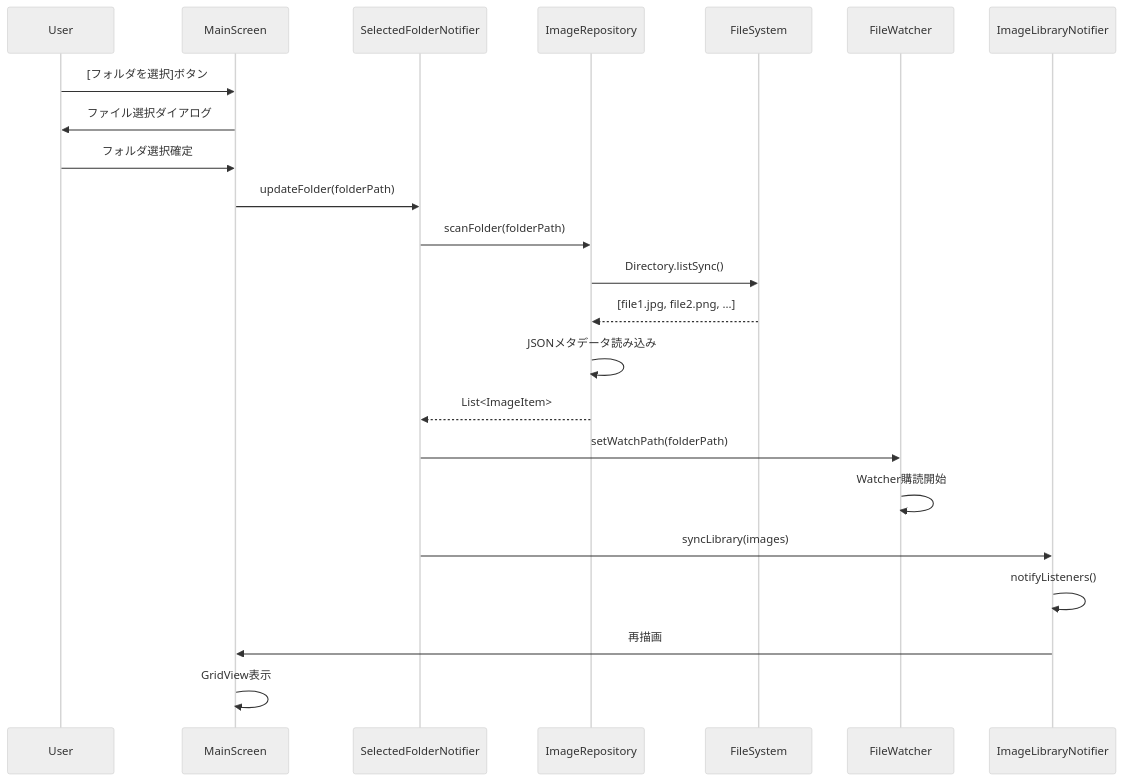
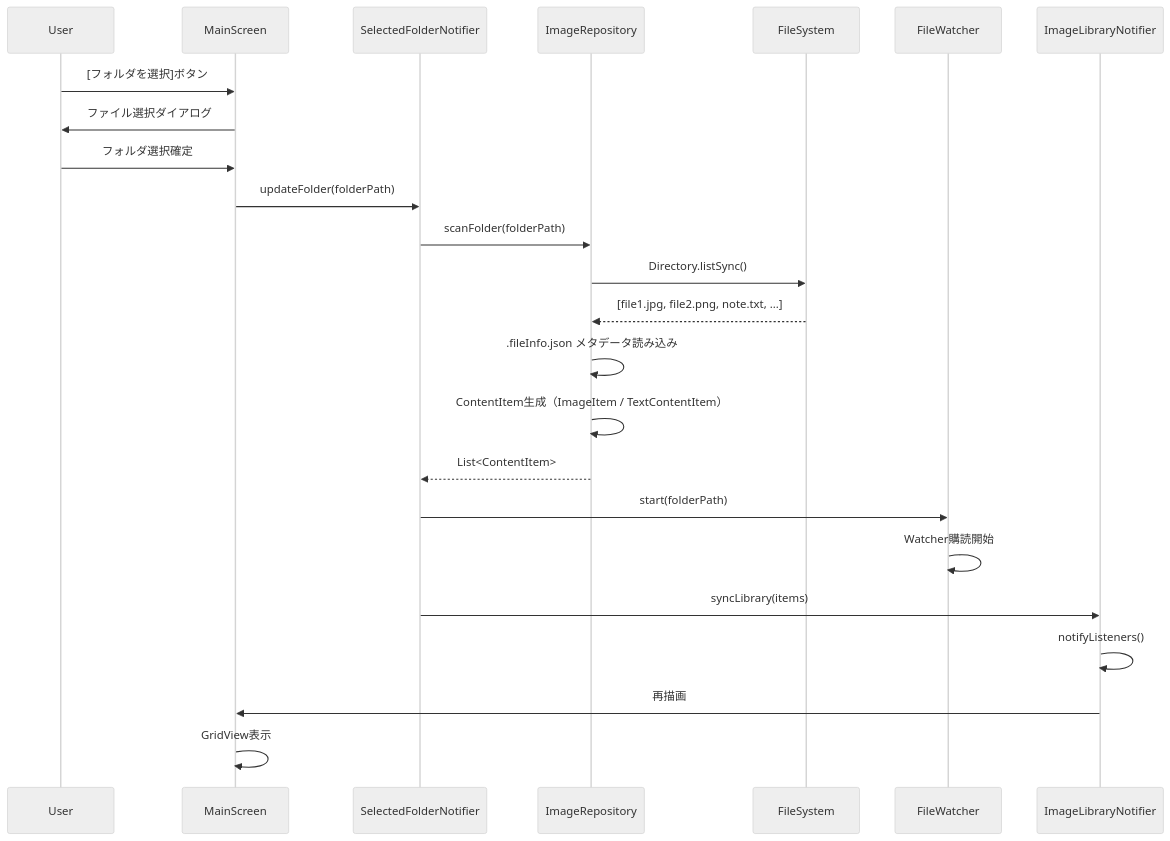
One commit to lietsee/clip-pix changed the fifth of 11 diagrams in docs/architecture/data_flow.md. Above: the diagram before and after it, drawn with Mermaid (neutral theme). The commit also changed other lines of this file and 13 other files, not shown here.

````diff
--- a/docs/architecture/data_flow.md
+++ b/docs/architecture/data_flow.md
@@ -126,26 +181,27 @@
 ```mermaid
 sequenceDiagram
     participant User
     participant MS as MainScreen
     participant SFN as SelectedFolderNotifier
     participant IR as ImageRepository
     participant FS as FileSystem
     participant FW as FileWatcher
     participant ILN as ImageLibraryNotifier
 
     User->>MS: [フォルダを選択]ボタン
     MS->>User: ファイル選択ダイアログ
     User->>MS: フォルダ選択確定
     MS->>SFN: updateFolder(folderPath)
     SFN->>IR: scanFolder(folderPath)
     IR->>FS: Directory.listSync()
-    FS-->>IR: [file1.jpg, file2.png, ...]
-    IR->>IR: JSONメタデータ読み込み
-    IR-->>SFN: List<ImageItem>
-    SFN->>FW: setWatchPath(folderPath)
+    FS-->>IR: [file1.jpg, file2.png, note.txt, ...]
+    IR->>IR: .fileInfo.json メタデータ読み込み
+    IR->>IR: ContentItem生成（ImageItem / TextContentItem）
+    IR-->>SFN: List<ContentItem>
+    SFN->>FW: start(folderPath)
     FW->>FW: Watcher購読開始
-    SFN->>ILN: syncLibrary(images)
+    SFN->>ILN: syncLibrary(items)
     ILN->>ILN: notifyListeners()
     ILN->>MS: 再描画
     MS->>MS: GridView表示
 ```
````
